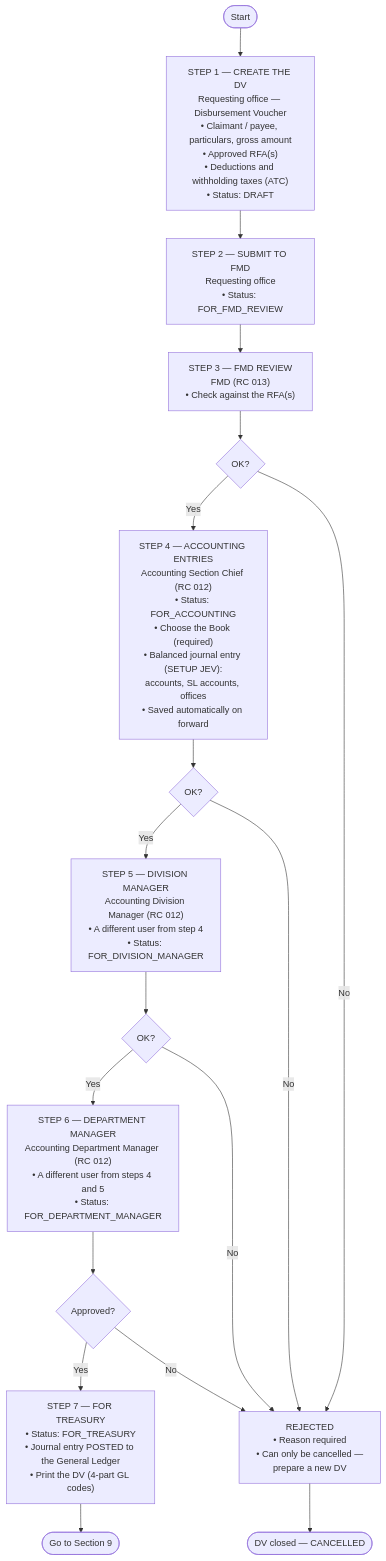
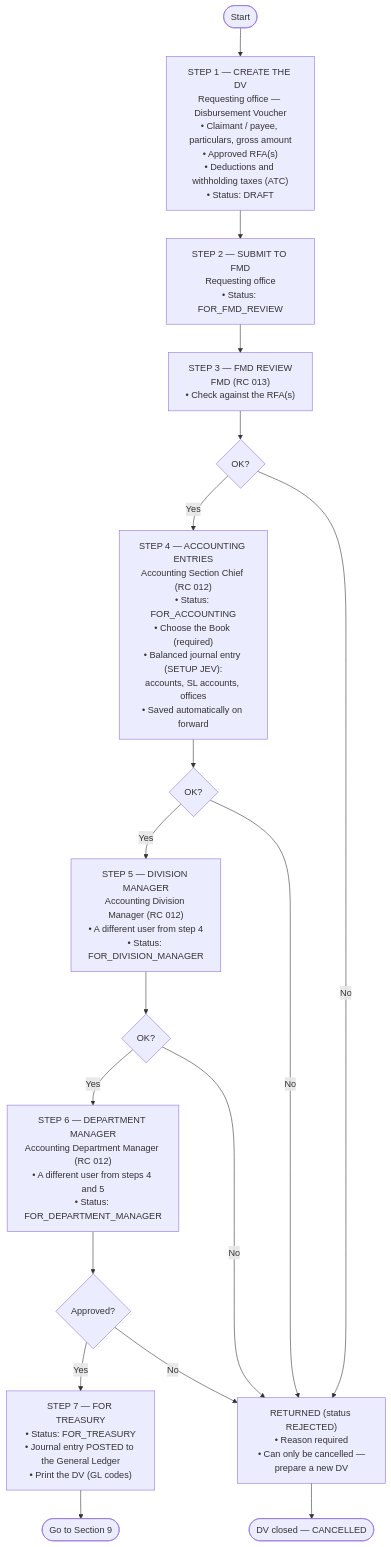
One commit to A-team-ITBS/fims-nha changed the ninth of 14 diagrams in system_docs/process-flow/PROCESS-FLOW.md. Above: the diagram before and after it, drawn with Mermaid. The commit also changed other lines of this file and 5 other files, not shown here.

Commit message:
Docs: PRINT-FORMS.md (DV), PROCESS-FLOW.md (DV print, payroll DV step; DV SARO / PO-IAR warning and "Return" label from the latest pull; RFA steps 6-7 de-duplicated, RFA/LAA print resumed)

````diff
--- a/system_docs/process-flow/PROCESS-FLOW.md
+++ b/system_docs/process-flow/PROCESS-FLOW.md
@@ -332,20 +330,20 @@
 ```mermaid
 flowchart TD
     START(["Start"]) --> S1["STEP 1 — CREATE THE DV<br/>Requesting office — Disbursement Voucher<br/>• Claimant / payee, particulars, gross amount<br/>• Approved RFA(s)<br/>• Deductions and withholding taxes (ATC)<br/>• Status: DRAFT"]
     S1 --> S2["STEP 2 — SUBMIT TO FMD<br/>Requesting office<br/>• Status: FOR_FMD_REVIEW"]
     S2 --> S3["STEP 3 — FMD REVIEW<br/>FMD (RC 013)<br/>• Check against the RFA(s)"]
     S3 --> D1{"OK?"}
     D1 -->|"Yes"| S4["STEP 4 — ACCOUNTING ENTRIES<br/>Accounting Section Chief (RC 012)<br/>• Status: FOR_ACCOUNTING<br/>• Choose the Book (required)<br/>• Balanced journal entry (SETUP JEV):<br/>accounts, SL accounts, offices<br/>• Saved automatically on forward"]
     S4 --> D2{"OK?"}
     D2 -->|"Yes"| S5["STEP 5 — DIVISION MANAGER<br/>Accounting Division Manager (RC 012)<br/>• A different user from step 4<br/>• Status: FOR_DIVISION_MANAGER"]
     S5 --> D3{"OK?"}
     D3 -->|"Yes"| S6["STEP 6 — DEPARTMENT MANAGER<br/>Accounting Department Manager (RC 012)<br/>• A different user from steps 4 and 5<br/>• Status: FOR_DEPARTMENT_MANAGER"]
     S6 --> D4{"Approved?"}
-    D4 -->|"Yes"| S7["STEP 7 — FOR TREASURY<br/>• Status: FOR_TREASURY<br/>• Journal entry POSTED to the General Ledger<br/>• Print the DV (4-part GL codes)"]
+    D4 -->|"Yes"| S7["STEP 7 — FOR TREASURY<br/>• Status: FOR_TREASURY<br/>• Journal entry POSTED to the General Ledger<br/>• Print the DV (GL codes)"]
     S7 --> END(["Go to Section 9"])
-    D1 -->|"No"| X["REJECTED<br/>• Reason required<br/>• Can only be cancelled —<br/>prepare a new DV"]
+    D1 -->|"No"| X["RETURNED (status REJECTED)<br/>• Reason required<br/>• Can only be cancelled —<br/>prepare a new DV"]
     D2 -->|"No"| X
     D3 -->|"No"| X
     D4 -->|"No"| X
     X --> XE(["DV closed — CANCELLED"])
 ```
````
